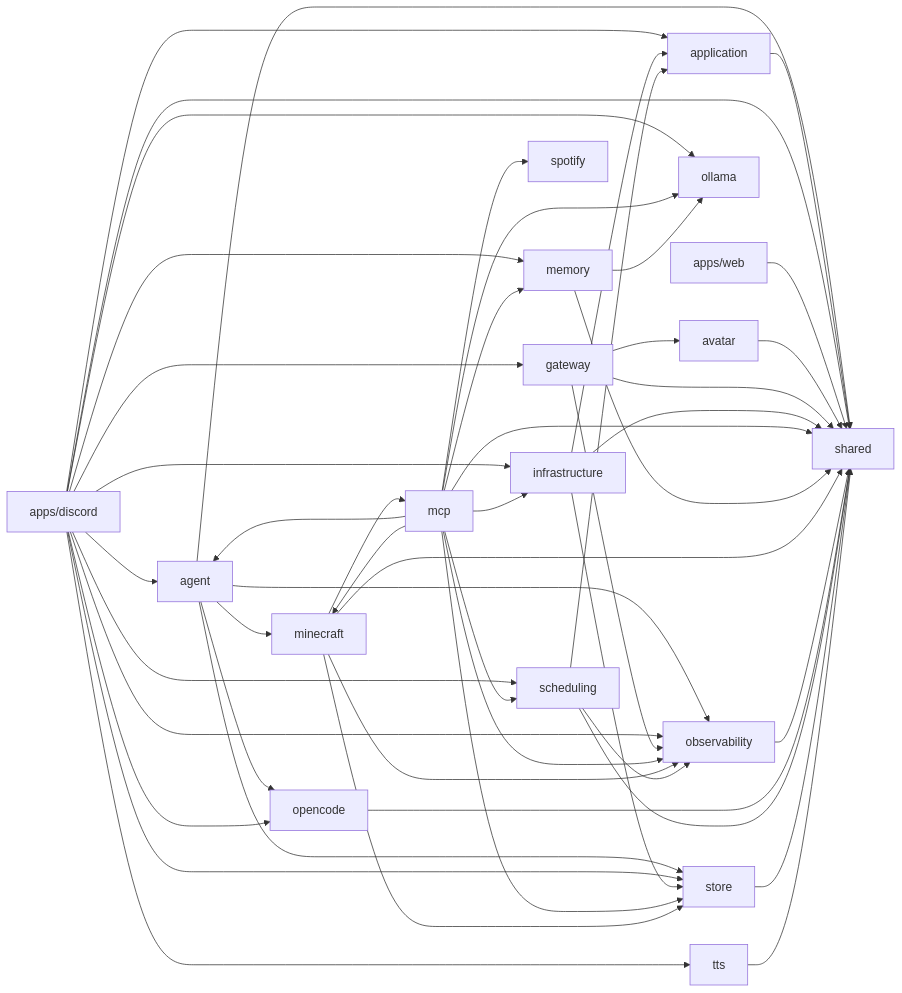
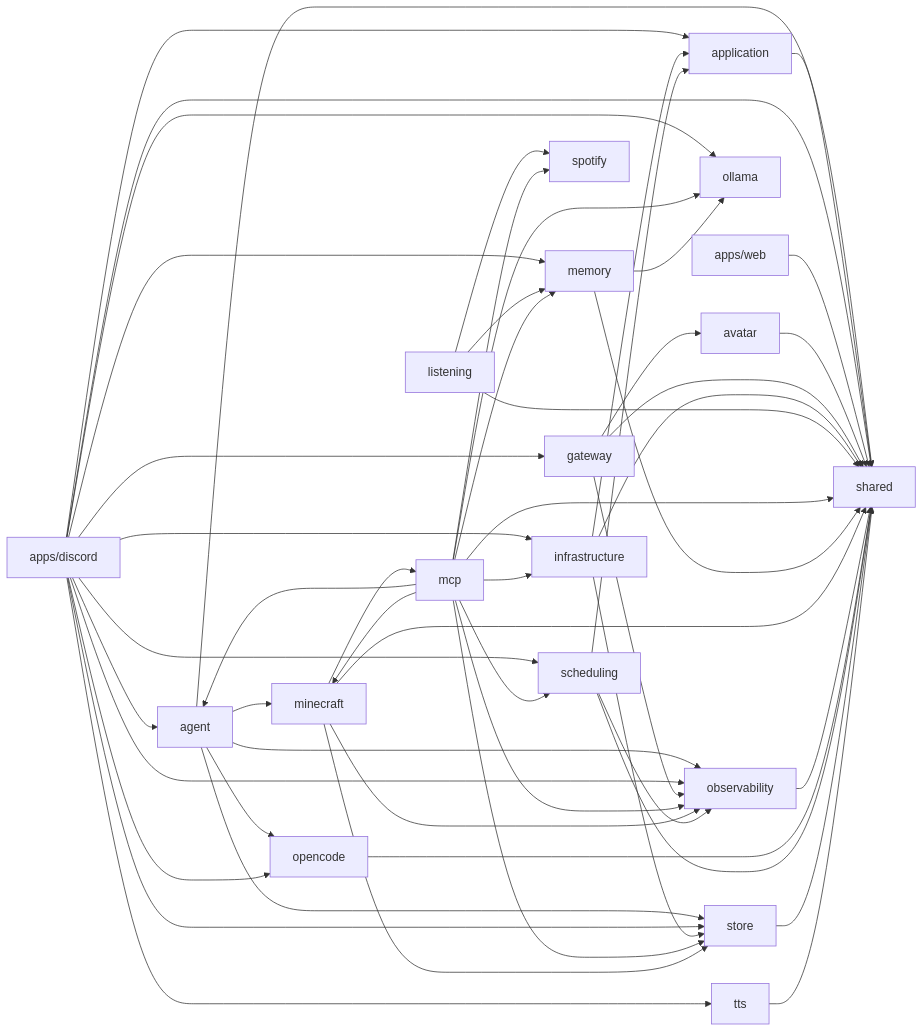
Before and after one commit to OJII3/vicissitude: the diagram in docs/DEPS.md, drawn with Mermaid. The commit also changed other lines of this file and 10 other files, not shown here.

````diff
--- a/docs/DEPS.md
+++ b/docs/DEPS.md
@@ -7,55 +7,58 @@
 ```mermaid
 graph LR
   agent --> minecraft
   agent --> observability
   agent --> opencode
   agent --> shared
   agent --> store
   application --> shared
   apps_discord["apps/discord"] --> agent
   apps_discord["apps/discord"] --> application
   apps_discord["apps/discord"] --> gateway
   apps_discord["apps/discord"] --> infrastructure
   apps_discord["apps/discord"] --> memory
   apps_discord["apps/discord"] --> observability
   apps_discord["apps/discord"] --> ollama
   apps_discord["apps/discord"] --> opencode
   apps_discord["apps/discord"] --> scheduling
   apps_discord["apps/discord"] --> shared
   apps_discord["apps/discord"] --> store
   apps_discord["apps/discord"] --> tts
   apps_web["apps/web"] --> shared
   avatar --> shared
   gateway --> avatar
   gateway --> observability
   gateway --> shared
   infrastructure --> application
   infrastructure --> shared
   infrastructure --> store
+  listening --> memory
+  listening --> shared
+  listening --> spotify
   mcp --> agent
   mcp --> infrastructure
   mcp --> memory
   mcp --> minecraft
   mcp --> observability
   mcp --> ollama
   mcp --> scheduling
   mcp --> shared
   mcp --> spotify
   mcp --> store
   memory --> ollama
   memory --> shared
   minecraft --> mcp
   minecraft --> observability
   minecraft --> shared
   minecraft --> store
   observability --> shared
   ollama
   opencode --> shared
   scheduling --> application
   scheduling --> observability
   scheduling --> shared
   shared
   spotify
   store --> shared
   tts --> shared
 ```
````
